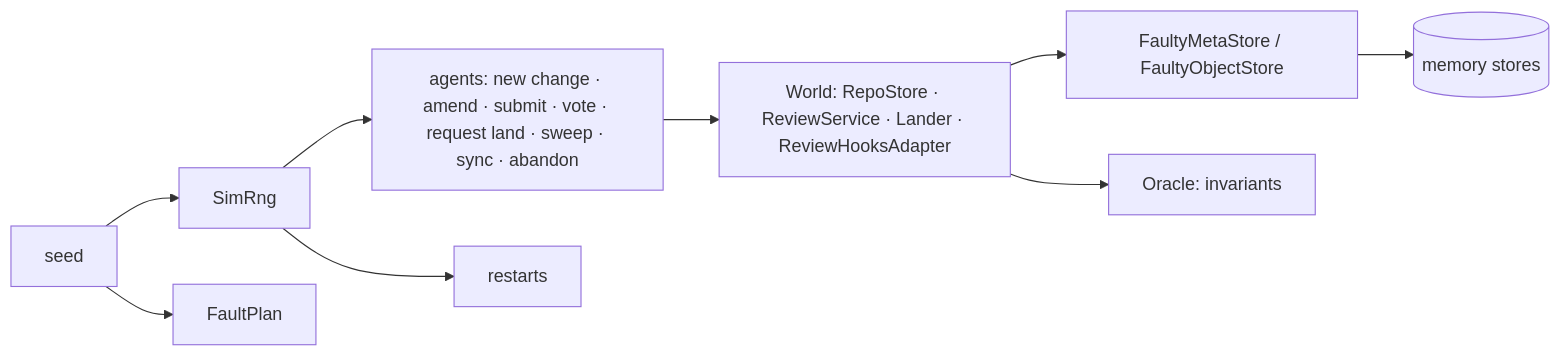
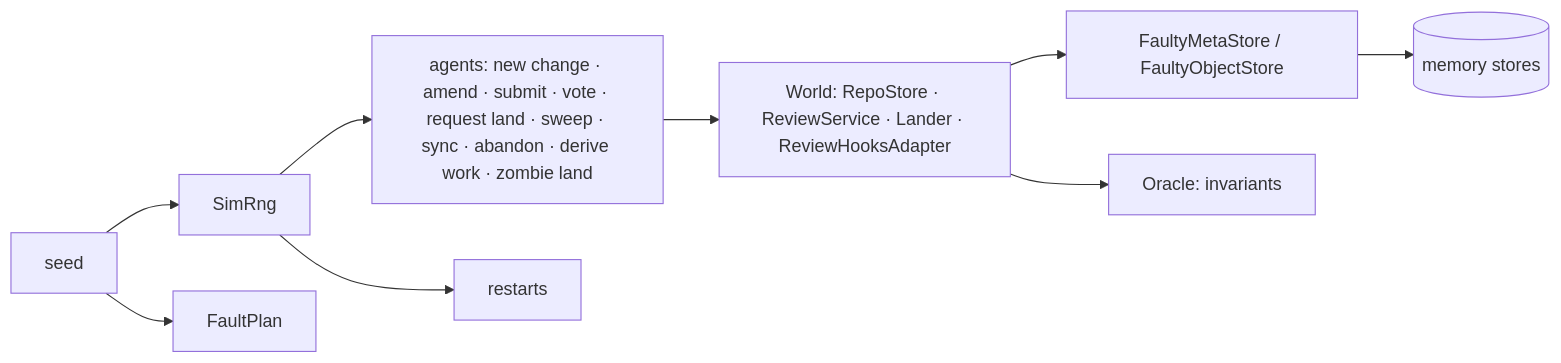
Before and after one commit to envoy1084/rill: the diagram in architecture/09-engineering/simulation.md, drawn with Mermaid. The commit also changed other lines of this file and 16 other files, not shown here.

````diff
--- a/architecture/09-engineering/simulation.md
+++ b/architecture/09-engineering/simulation.md
@@ -12,11 +12,11 @@
 ```mermaid
 flowchart LR
   S[seed] --> R[SimRng]
-  R --> A[agents: new change · amend · submit · vote · request land · sweep · sync · abandon]
+  R --> A[agents: new change · amend · submit · vote · request land · sweep · sync · abandon · derive work · zombie land]
   R --> X[restarts]
   S --> F[FaultPlan]
   A --> W[World: RepoStore · ReviewService · Lander · ReviewHooksAdapter]
   W --> FS[FaultyMetaStore / FaultyObjectStore]
   FS --> M[(memory stores)]
   W --> O[Oracle: invariants]
 ```
````
